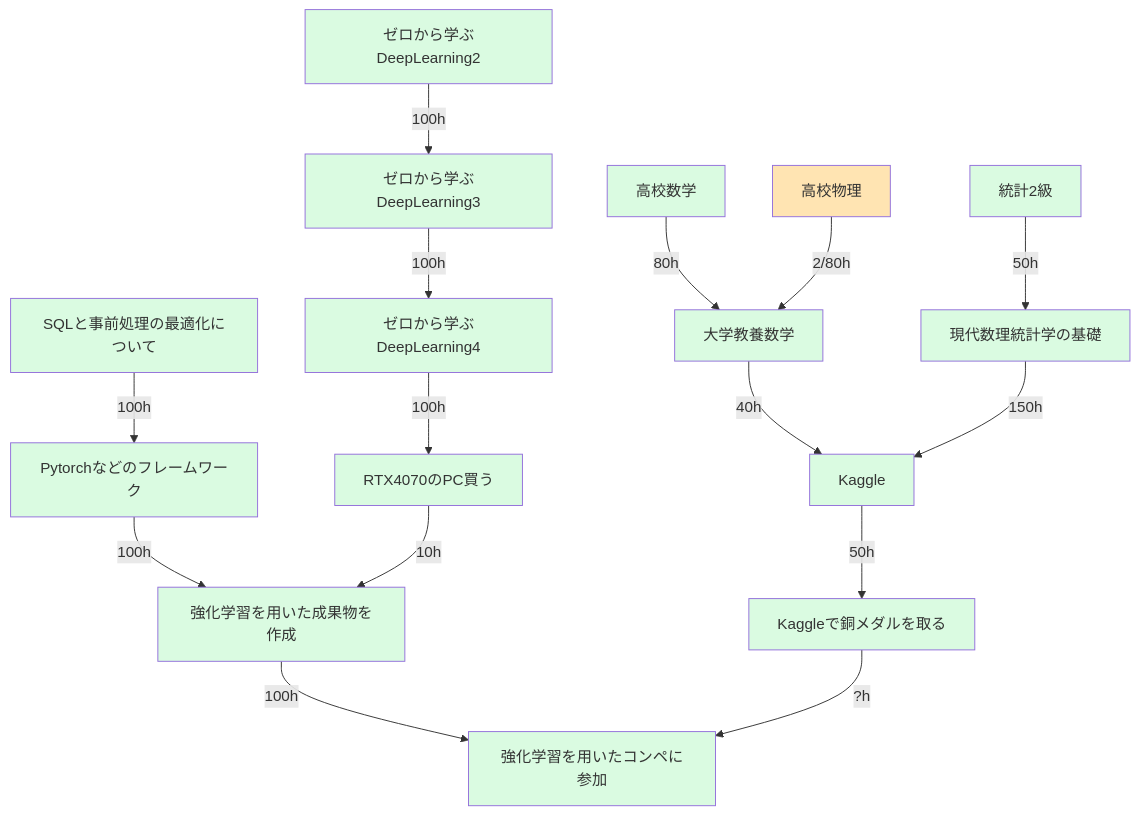
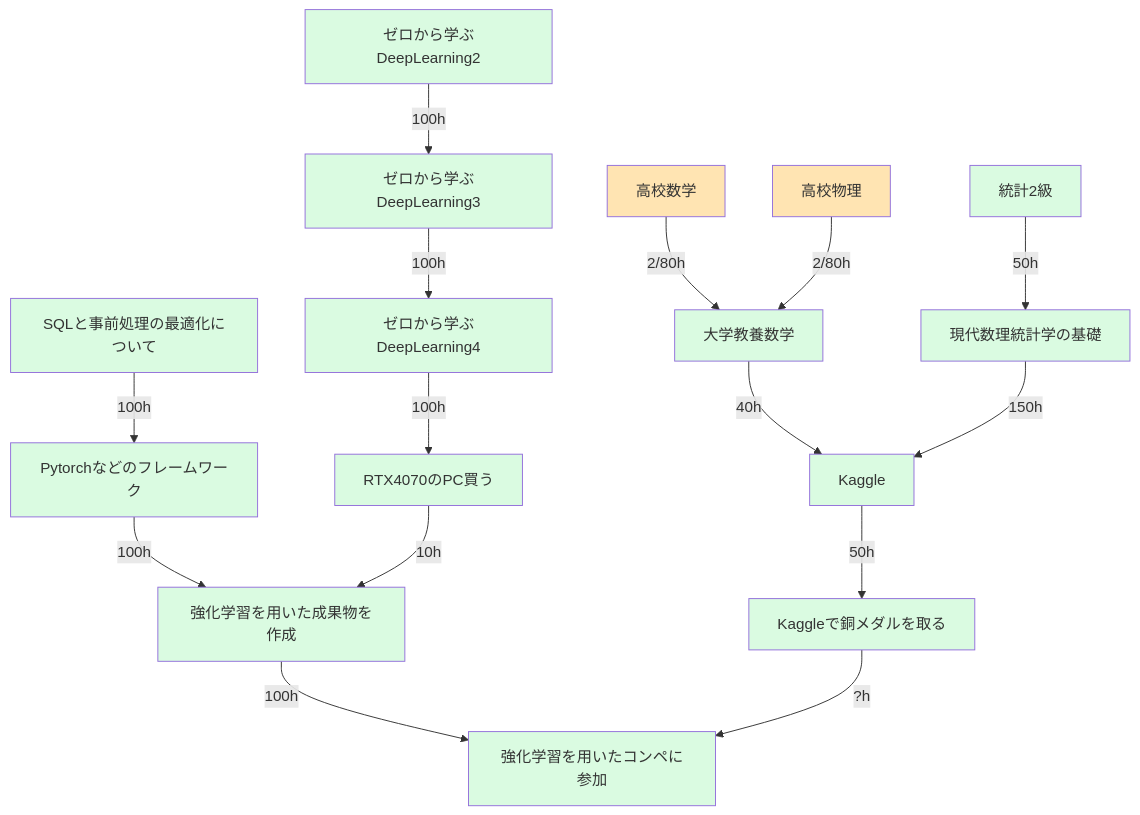
Before and after one commit to Toraneko0101/My_learning: the first of 4 diagrams in tools/learning_path.md, drawn with Mermaid. The commit also changed other lines of this file, not shown here.

````diff
--- a/tools/learning_path.md
+++ b/tools/learning_path.md
@@ -32,18 +32,18 @@
 ```mermaid
 graph TD
   classDef todo fill:#dafbe1
   classDef inProgress fill:orange,fill-opacity:0.3
-高校数学:::todo -->|80h| 大学教養数学:::todo -->|40h| Kaggle:::todo
+高校数学:::inProgress -->|2/80h| 大学教養数学:::todo -->|40h| Kaggle:::todo
 高校物理:::inProgress -->|2/80h| 大学教養数学:::todo
 統計2級:::todo  -->|50h| 現代数理統計学の基礎:::todo
 現代数理統計学の基礎 -->|150h| Kaggle:::todo
 SQLと事前処理の最適化について:::todo -->|100h| Pytorchなどのフレームワーク:::todo
 Pytorchなどのフレームワーク:::todo --> |100h| 強化学習を用いた成果物を作成:::todo
 
 ゼロから学ぶDeepLearning2:::todo --> |100h| ゼロから学ぶDeepLearning3
 ゼロから学ぶDeepLearning3:::todo --> |100h| ゼロから学ぶDeepLearning4
 ゼロから学ぶDeepLearning4:::todo --> |100h| RTX4070のPC買う:::todo　--> |10h| 強化学習を用いた成果物を作成:::todo  --> |100h| 強化学習を用いたコンペに参加:::todo
 Kaggle:::todo --> |50h| Kaggleで銅メダルを取る:::todo --> |?h| 強化学習を用いたコンペに参加:::todo
 
 
 ```
````
